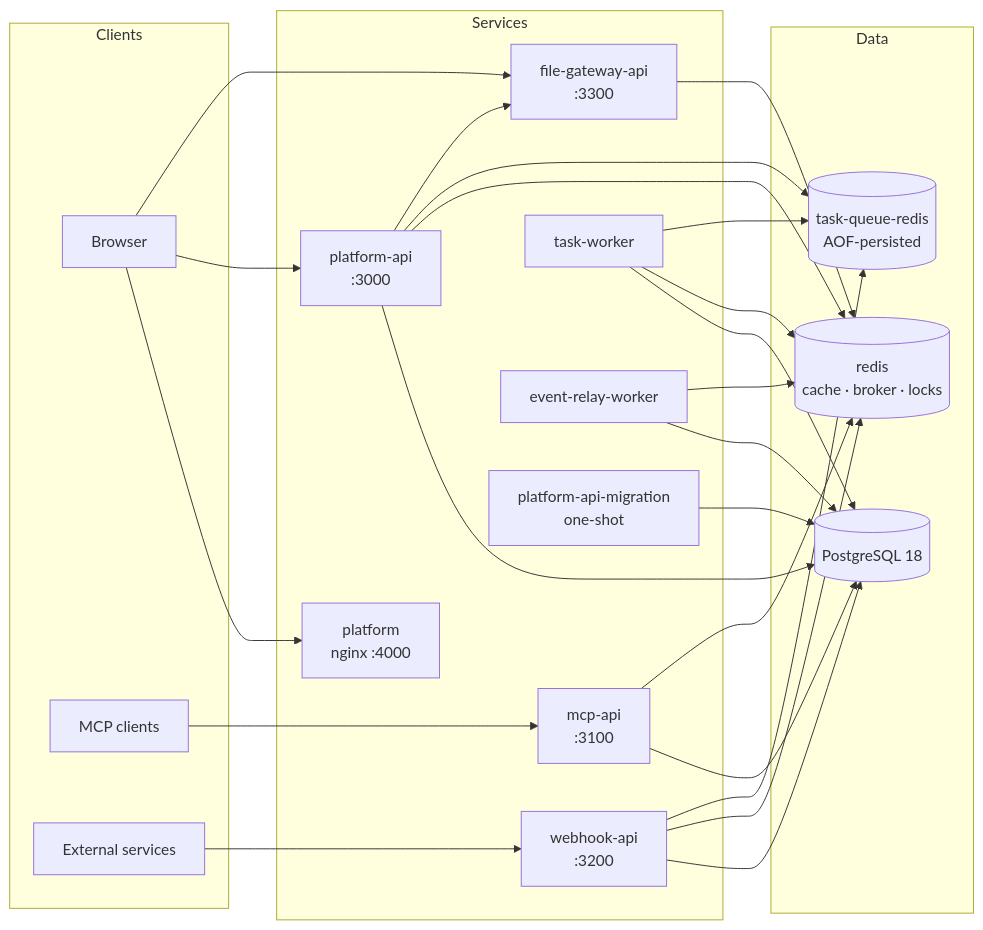
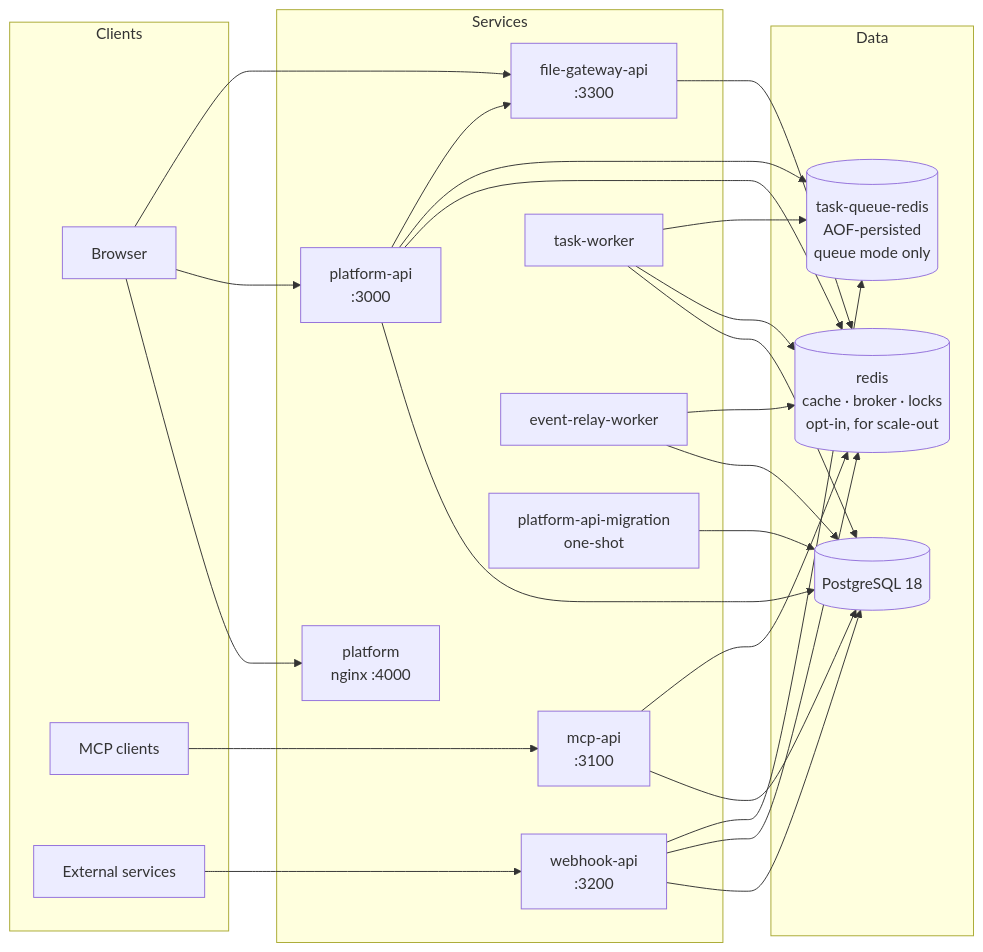
The diagram in ARCHITECTURE.md (blocknextai/blocknext), drawn with Mermaid before and after one commit. The commit also changed other lines of this file and 27 other files, not shown here.

````diff
--- a/ARCHITECTURE.md
+++ b/ARCHITECTURE.md
@@ -7,40 +7,40 @@
 ```mermaid
 graph LR
     subgraph Clients
         B[Browser]
         M[MCP clients]
         X[External services]
     end
 
     subgraph Services
         UI[platform<br/>nginx :4000]
         API[platform-api<br/>:3000]
         MCP[mcp-api<br/>:3100]
         WH[webhook-api<br/>:3200]
         FG[file-gateway-api<br/>:3300]
         TW[task-worker]
         ER[event-relay-worker]
         MIG[platform-api-migration<br/>one-shot]
     end
 
     subgraph Data
         PG[(PostgreSQL 18)]
-        R[(redis<br/>cache · broker · locks)]
-        TQ[(task-queue-redis<br/>AOF-persisted)]
+        R[(redis<br/>cache · broker · locks<br/>opt-in, for scale-out)]
+        TQ[(task-queue-redis<br/>AOF-persisted<br/>queue mode only)]
     end
 
     B --> UI
     B --> API
     B --> FG
     M --> MCP
     X --> WH
 
     API --> PG & R & TQ
     API --> FG
     MCP --> PG & R
     WH --> PG & R & TQ
     TW --> PG & R & TQ
     ER --> PG & R
     MIG --> PG
     FG --> R
 ```
````
